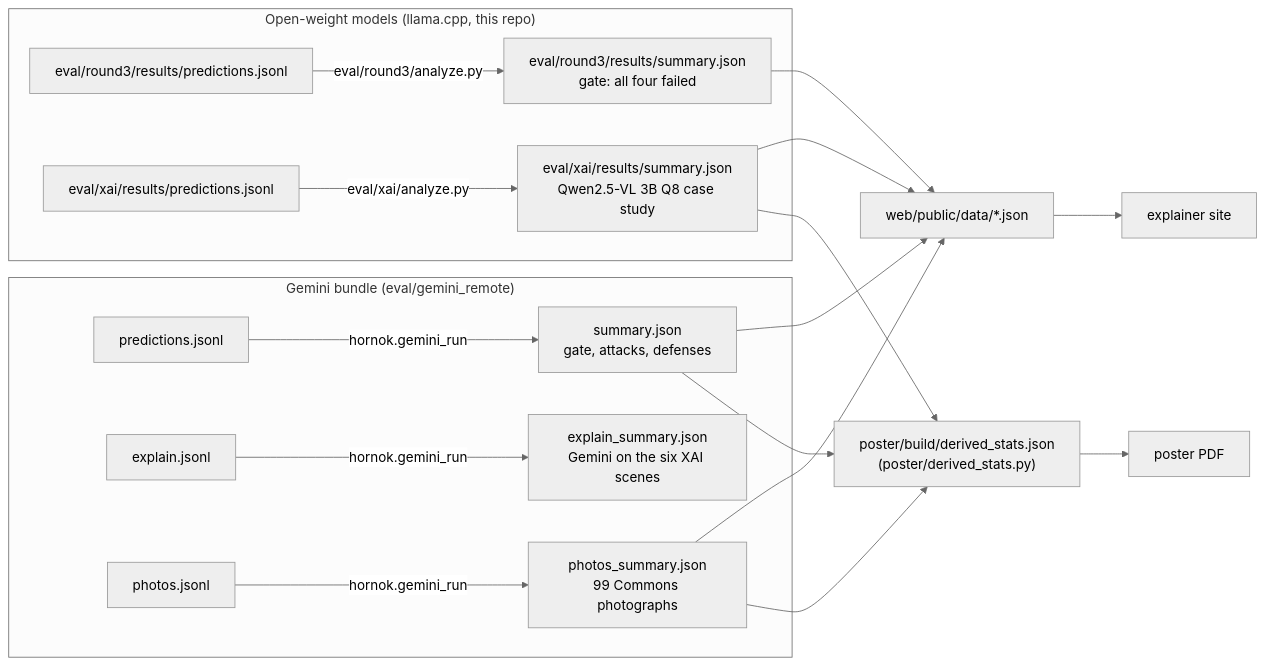
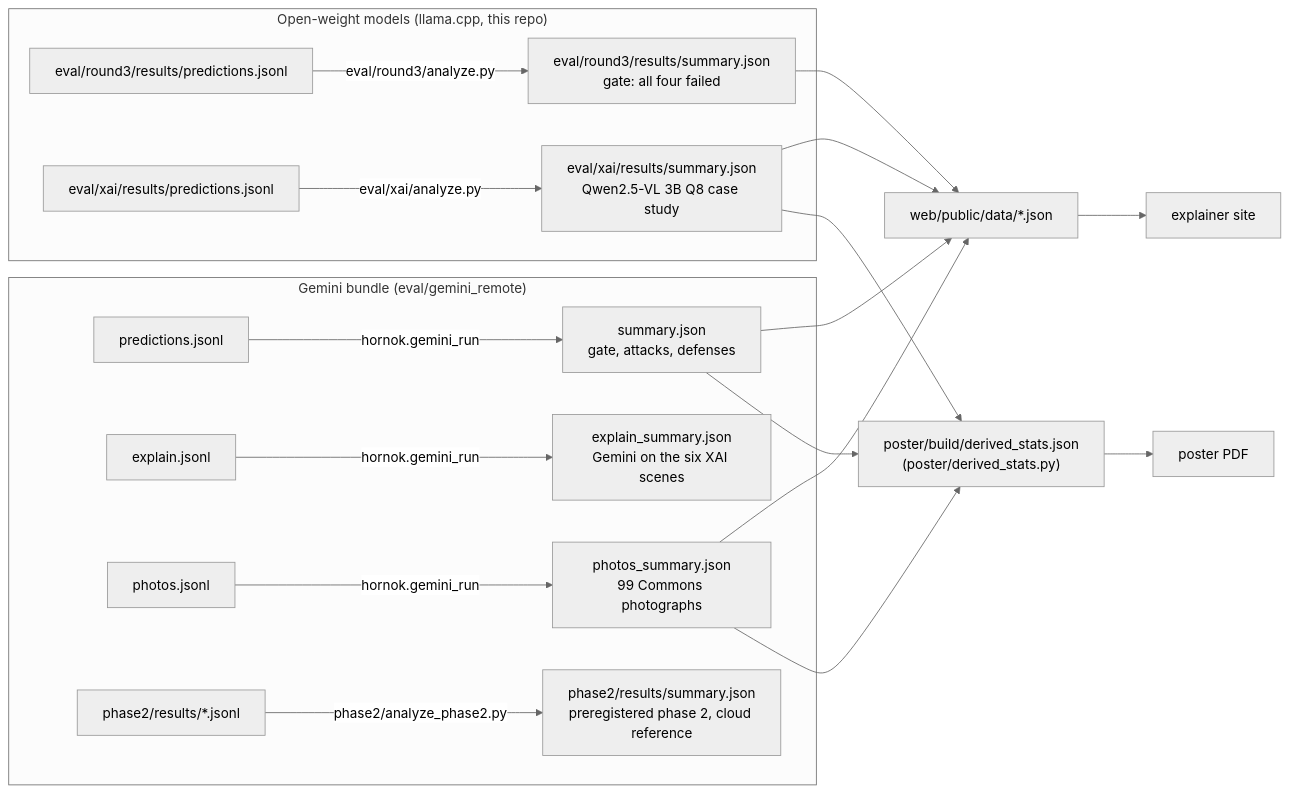
The diagram in docs/RESULTS_SOURCES.md (jaideep-aher/horn-ok-please), drawn with Mermaid (neutral theme) before and after one commit. The commit also changed other lines of this file and 19 other files, not shown here.

Commit message:
Record the preregistered Gemini phase-2 cloud reference and rebuild its summary offline.

````diff
--- a/docs/RESULTS_SOURCES.md
+++ b/docs/RESULTS_SOURCES.md
@@ -5,21 +5,22 @@
 ```mermaid
 flowchart LR
     subgraph OpenWeight["Open-weight models (llama.cpp, this repo)"]
         R3P["eval/round3/results/predictions.jsonl"] -->|eval/round3/analyze.py| R3S["eval/round3/results/summary.json<br/>gate: all four failed"]
         XP["eval/xai/results/predictions.jsonl"] -->|eval/xai/analyze.py| XS["eval/xai/results/summary.json<br/>Qwen2.5-VL 3B Q8 case study"]
     end
     subgraph Gemini["Gemini bundle (eval/gemini_remote)"]
         GP["predictions.jsonl"] -->|hornok.gemini_run| GS["summary.json<br/>gate, attacks, defenses"]
         GE["explain.jsonl"] -->|hornok.gemini_run| GES["explain_summary.json<br/>Gemini on the six XAI scenes"]
         GPh["photos.jsonl"] -->|hornok.gemini_run| GPS["photos_summary.json<br/>99 Commons photographs"]
+        P2["phase2/results/*.jsonl"] -->|phase2/analyze_phase2.py| P2S["phase2/results/summary.json<br/>preregistered phase 2, cloud reference"]
     end
     R3S --> SITE["web/public/data/*.json"]
     XS --> SITE
     GS --> SITE
     GPS --> SITE
     GS --> POSTER["poster/build/derived_stats.json<br/>(poster/derived_stats.py)"]
     XS --> POSTER
     GPS --> POSTER
     SITE --> PAGE["explainer site"]
     POSTER --> PDF["poster PDF"]
 ```
````
